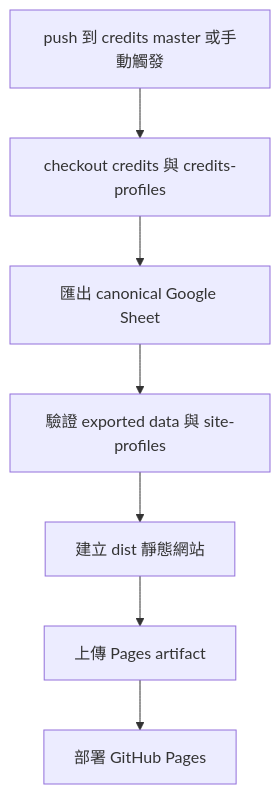
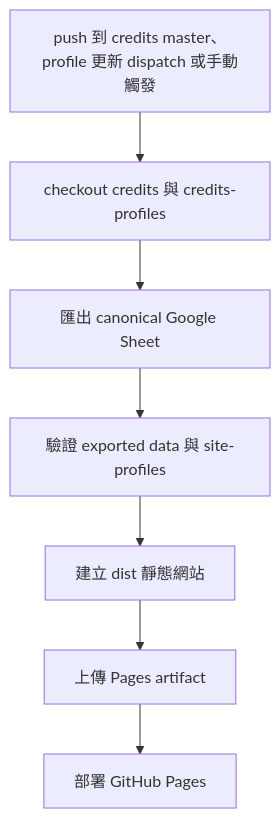
The third of 4 diagrams in docs/workflows.md (arnoldsky-yu/credits), drawn with Mermaid before and after one commit. The commit also changed other lines of this file and 2 other files, not shown here.

Commit message:
ci: rebuild Pages after profile updates

````diff
--- a/docs/workflows.md
+++ b/docs/workflows.md
@@ -67,9 +67,9 @@
 ```mermaid
 flowchart TD
-  push["push 到 credits master 或手動觸發"] --> checkout["checkout credits 與 credits-profiles"]
+  push["push 到 credits master、profile 更新 dispatch 或手動觸發"] --> checkout["checkout credits 與 credits-profiles"]
   checkout --> export["匯出 canonical Google Sheet"]
   export --> validate["驗證 exported data 與 site-profiles"]
   validate --> build["建立 dist 靜態網站"]
   build --> artifact["上傳 Pages artifact"]
   artifact --> deploy["部署 GitHub Pages"]
 ```
````
